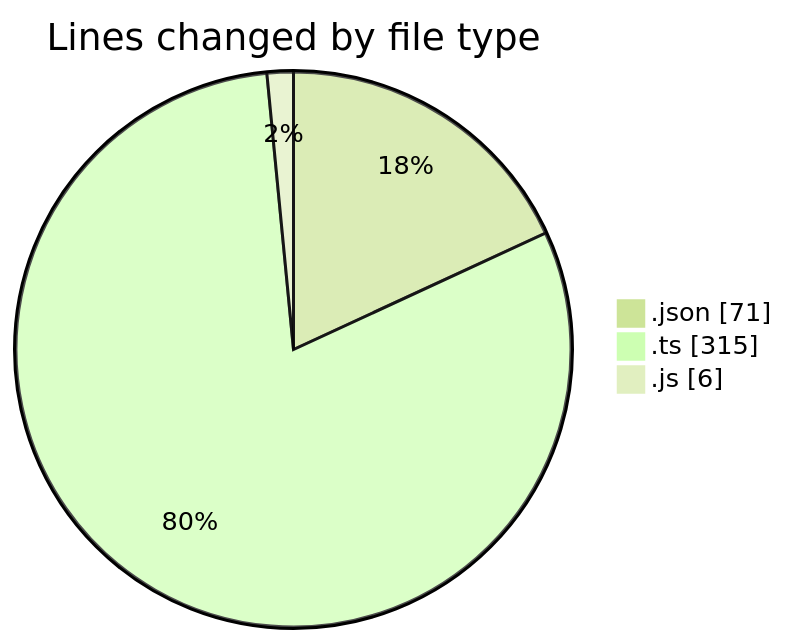
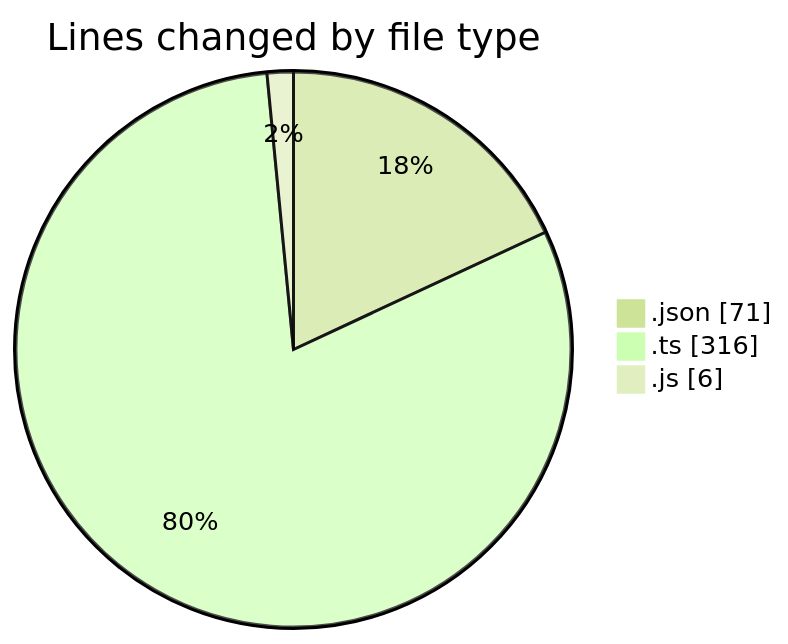
One commit to momahboobian/code-tracking changed the first of 2 diagrams in 2025-02-06/cda/README.md. Above: the diagram before and after it, drawn with Mermaid (forest theme). The commit also changed other lines of this file and 1 other file, not shown here.

````diff
--- a/2025-02-06/cda/README.md
+++ b/2025-02-06/cda/README.md
@@ -25,7 +25,7 @@
 ```mermaid
 pie showData
 title Lines changed by file type
 ".json" : 71
-".ts" : 315
+".ts" : 316
 ".js" : 6
 ```
````
